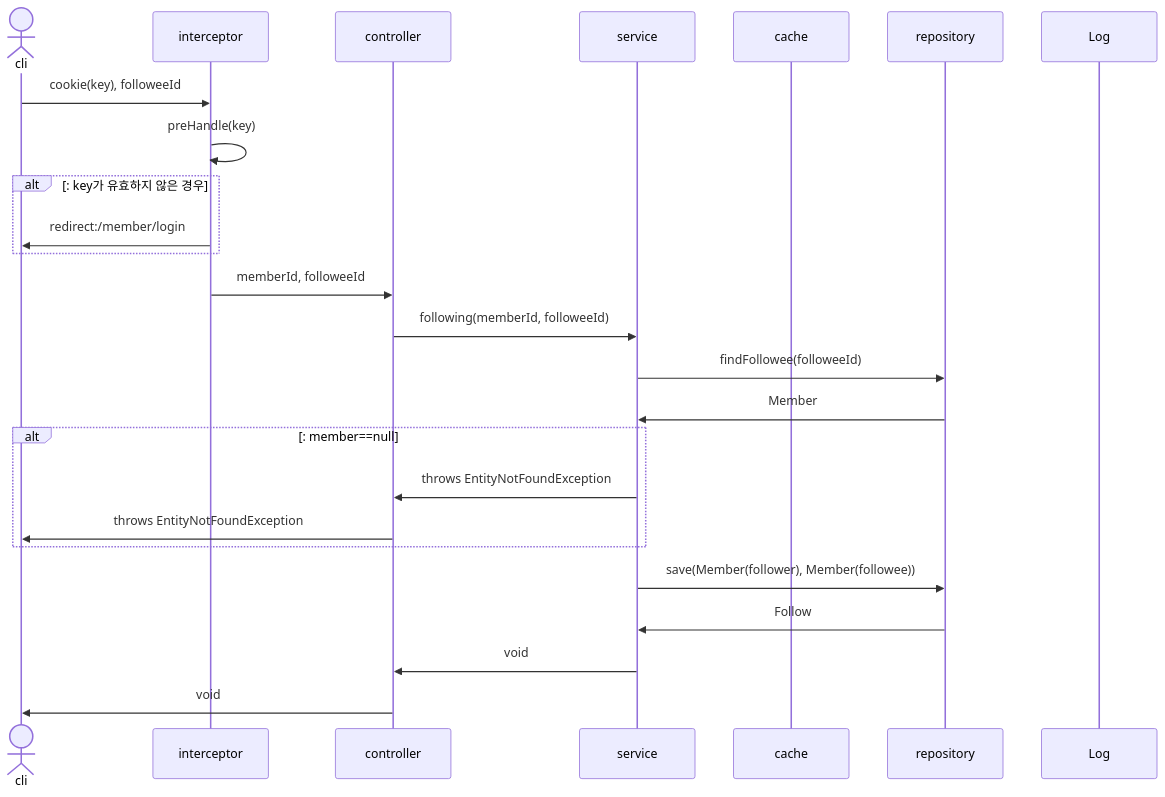
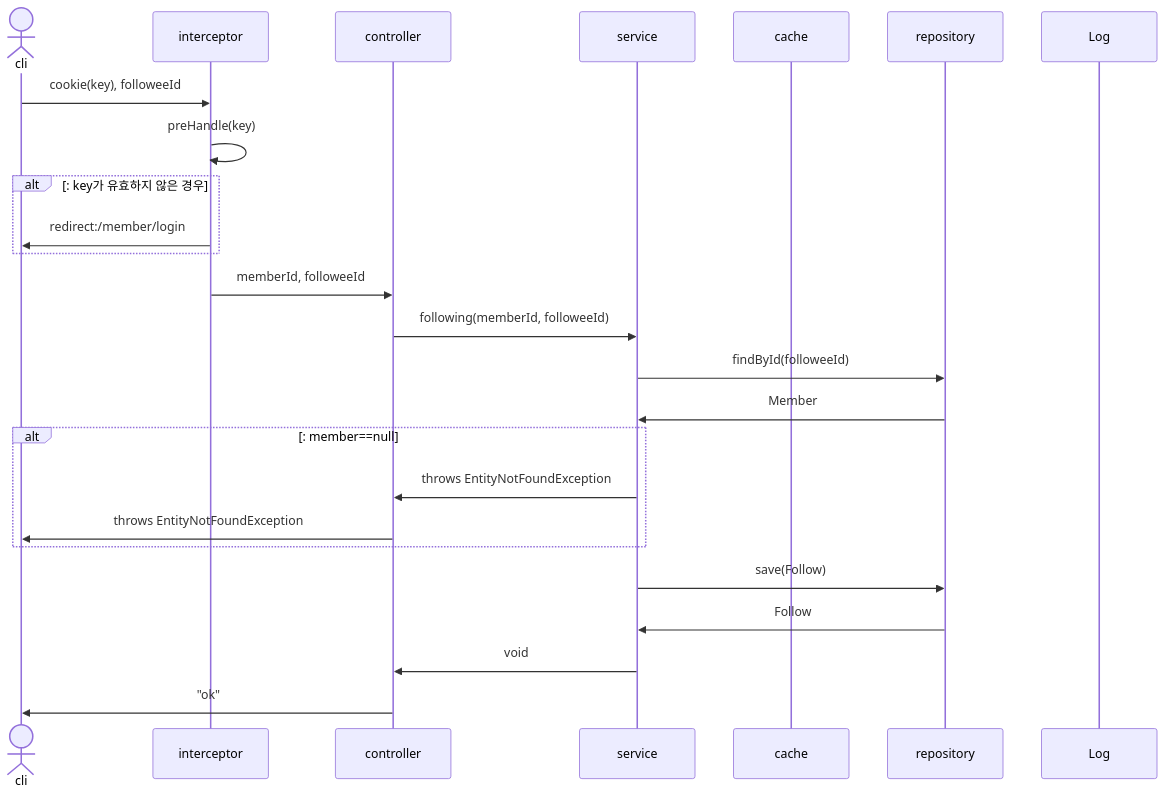
One commit to mtak0235/snsX changed the third of 36 diagrams in sequence.md. Above: the diagram before and after it, drawn with Mermaid. The commit also changed other lines of this file and 6 other files, not shown here.

````diff
--- a/sequence.md
+++ b/sequence.md
@@ -60,28 +62,28 @@
 ```mermaid
 sequenceDiagram
 actor cli
 participant i as interceptor
 participant c as controller
 participant s as service
 participant ca as cache
 participant r as repository
 participant l as Log
 
 cli->>i: cookie(key), followeeId
 i->>i: preHandle(key)
 alt: key가 유효하지 않은 경우
 i->>cli: redirect:/member/login
 end
 i->>c: memberId, followeeId
 c->>s: following(memberId, followeeId)
-s->>r: findFollowee(followeeId)
+s->>r: findById(followeeId)
 r->>s: Member
 alt: member==null
 s->>c: throws EntityNotFoundException
 c->>cli: throws EntityNotFoundException
 end
-s->>r: save(Member(follower), Member(followee))
+s->>r: save(Follow)
 r->>s: Follow
 s->>c:void
-c->>cli: void
+c->>cli: "ok"
 ```
````
